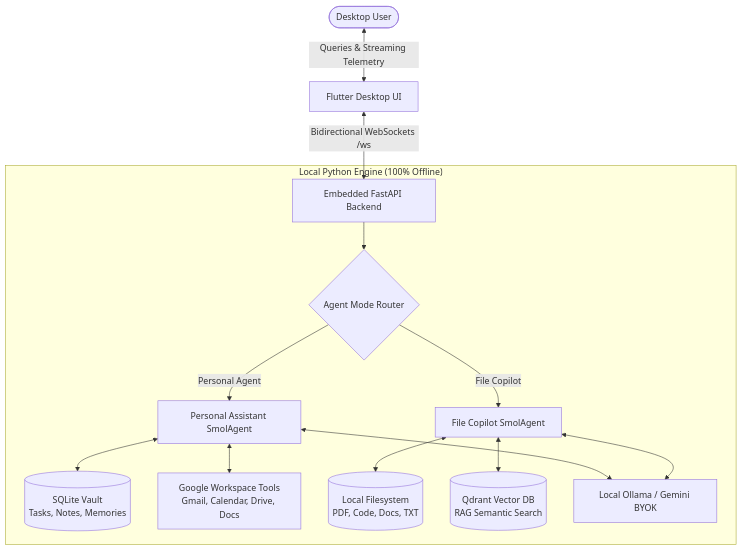
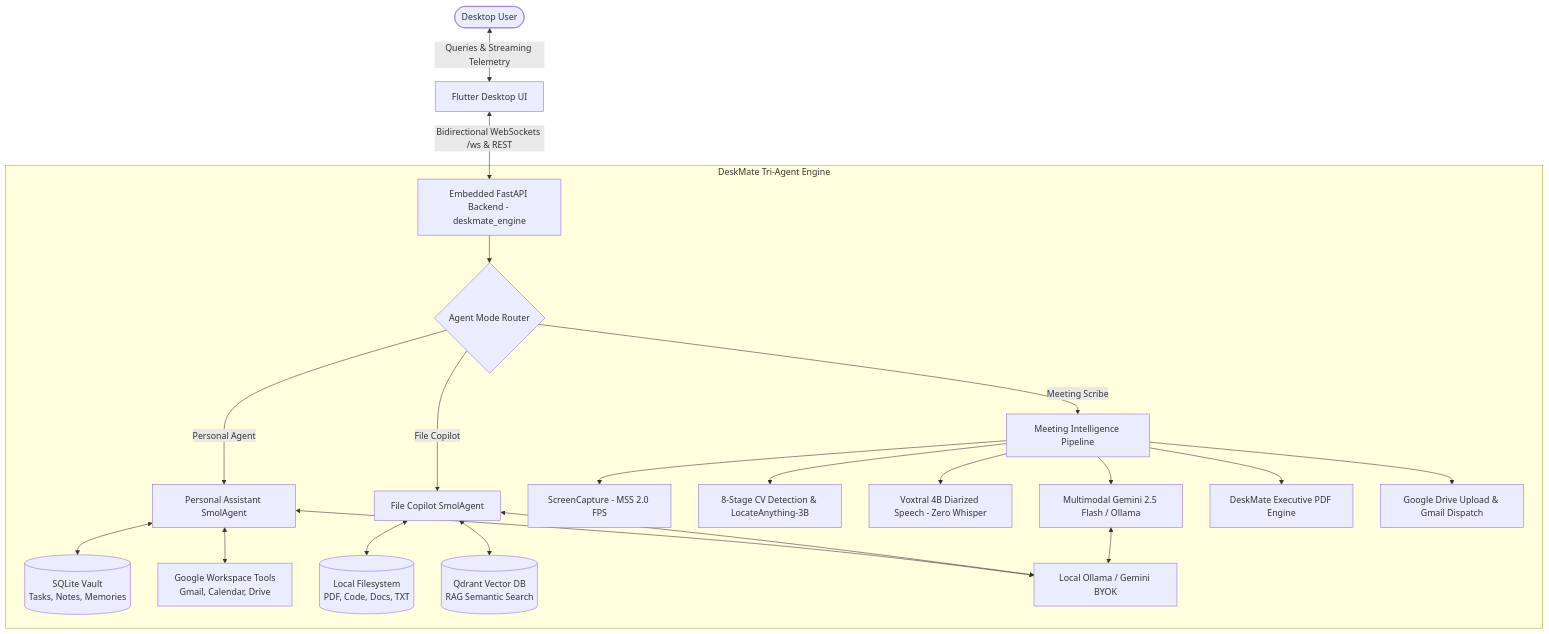
One commit to Ganeshvenkatesanofficial/DeskMate changed the diagram in README.md. Above: the diagram before and after it, drawn with Mermaid. The commit also changed other lines of this file and 73 other files, not shown here.

Commit message:
feat: introduce Meeting Scribe, Voxtral 4B, LocateAnything-3B, and backend architecture

````diff
--- a/README.md
+++ b/README.md
@@ -51,20 +87,29 @@
 ```mermaid
 graph TD
     User([Desktop User]) <-->|Queries & Streaming Telemetry| UI[Flutter Desktop UI]
-    UI <-->|Bidirectional WebSockets /ws| BE[Embedded FastAPI Backend]
+    UI <-->|Bidirectional WebSockets /ws & REST| BE[Embedded FastAPI Backend - deskmate_engine]
 
-    subgraph "Local Python Engine (100% Offline)"
+    subgraph "DeskMate Tri-Agent Engine"
         BE --> Router{Agent Mode Router}
         Router -->|Personal Agent| PA[Personal Assistant SmolAgent]
         Router -->|File Copilot| FC[File Copilot SmolAgent]
+        Router -->|Meeting Scribe| MS[Meeting Intelligence Pipeline]
 
         PA <--> LocalDB[(SQLite Vault\nTasks, Notes, Memories)]
-        PA <--> GWorkspace[Google Workspace Tools\nGmail, Calendar, Drive, Docs]
+        PA <--> GWorkspace[Google Workspace Tools\nGmail, Calendar, Drive]
 
         FC <--> LocalFiles[(Local Filesystem\nPDF, Code, Docs, TXT)]
         FC <--> Qdrant[(Qdrant Vector DB\nRAG Semantic Search)]
 
+        MS --> Screen[ScreenCapture - MSS 2.0 FPS]
+        MS --> CV8[8-Stage CV Detection & LocateAnything-3B]
+        MS --> Vox[Voxtral 4B Diarized Speech - Zero Whisper]
+        MS --> Sum[Multimodal Gemini 2.5 Flash / Ollama]
+        MS --> PDF[DeskMate Executive PDF Engine]
+        MS --> CloudSync[Google Drive Upload & Gmail Dispatch]
+
         PA <--> LLM[Local Ollama / Gemini BYOK]
         FC <--> LLM
+        Sum <--> LLM
     end
 ```
````
